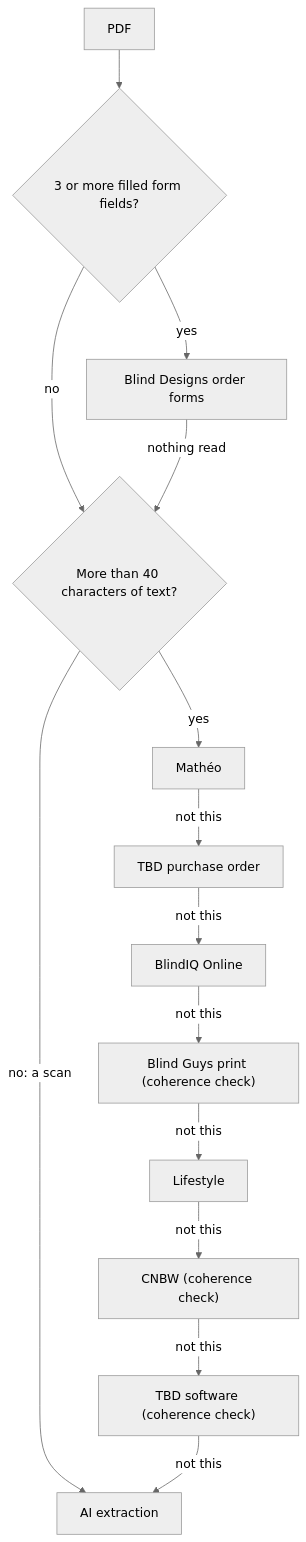
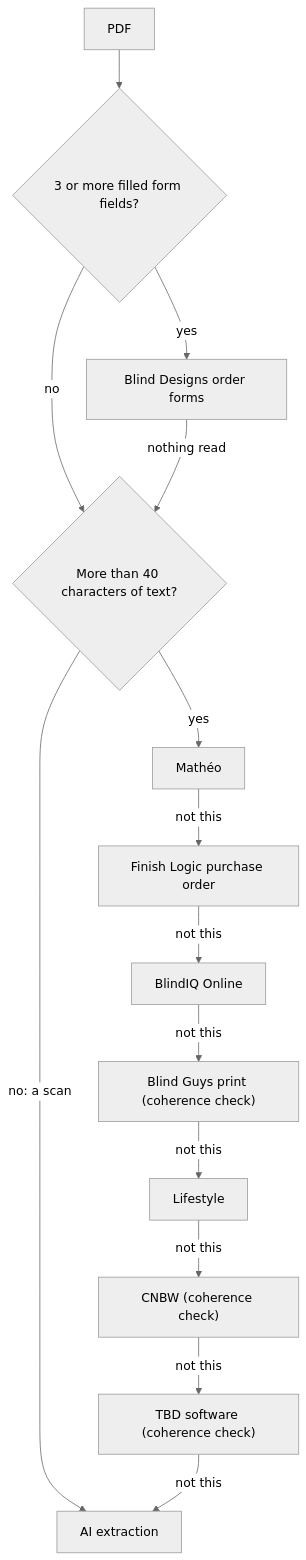
One commit to RussedyBussedy/OrderBot changed the diagram in docs/converter/dealer-formats.md. Above: the diagram before and after it, drawn with Mermaid (neutral theme). The commit also changed other lines of this file and 11 other files, not shown here.

First line of the commit message:
Docs: Finish Logic purchase orders

````diff
--- a/docs/converter/dealer-formats.md
+++ b/docs/converter/dealer-formats.md
@@ -27,16 +27,16 @@
 ```mermaid
 flowchart TD
     A["PDF"] --> B{"3 or more filled form fields?"}
     B -->|"yes"| C["Blind Designs order forms"]
     B -->|"no"| D{"More than 40 characters of text?"}
     C -->|"nothing read"| D
     D -->|"no: a scan"| Z["AI extraction"]
     D -->|"yes"| M["Mathéo"]
-    M -->|"not this"| P["TBD purchase order"]
+    M -->|"not this"| P["Finish Logic purchase order"]
     P -->|"not this"| O["BlindIQ Online"]
     O -->|"not this"| G["Blind Guys print (coherence check)"]
     G -->|"not this"| L["Lifestyle"]
     L -->|"not this"| W["CNBW (coherence check)"]
     W -->|"not this"| T["TBD software (coherence check)"]
     T -->|"not this"| Z
 ```
````
